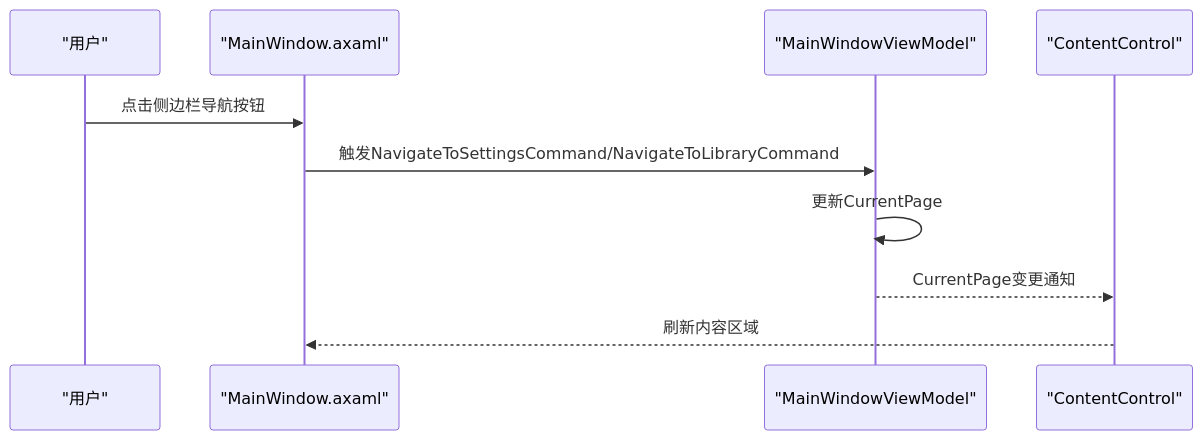
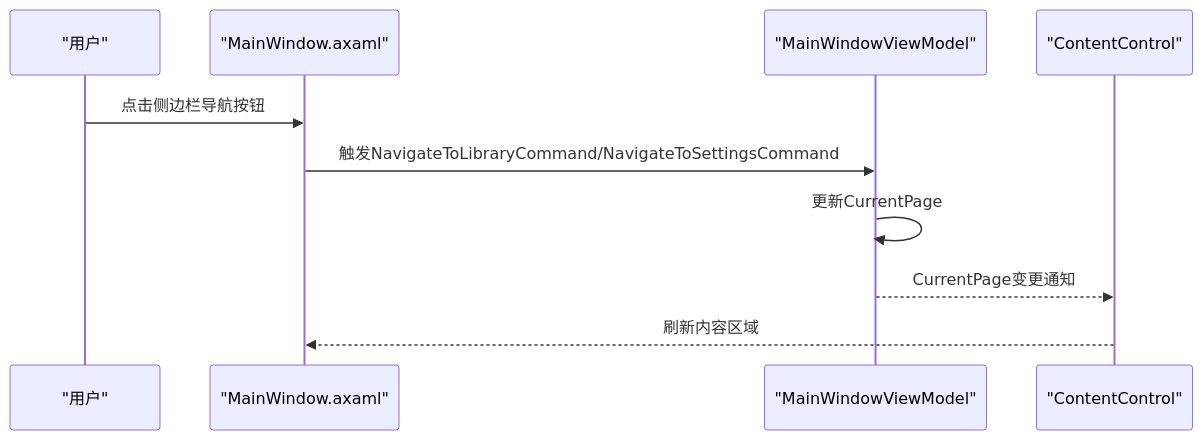
One commit to mariamjensen42-glitch/LocalMusicPlayer changed the third of 8 diagrams in .qoder/repowiki/zh/content/用户界面层/用户界面层.md. Above: the diagram before and after it, drawn with Mermaid. The commit also changed other lines of this file and 14 other files, not shown here.

````diff
--- a/.qoder/repowiki/zh/content/用户界面层/用户界面层.md
+++ b/.qoder/repowiki/zh/content/用户界面层/用户界面层.md
@@ -188,12 +210,12 @@
 ```mermaid
 sequenceDiagram
 participant U as "用户"
 participant MW as "MainWindow.axaml"
 participant VM as "MainWindowViewModel"
 participant CC as "ContentControl"
 U->>MW : 点击侧边栏导航按钮
-MW->>VM : 触发NavigateToSettingsCommand/NavigateToLibraryCommand
+MW->>VM : 触发NavigateToLibraryCommand/NavigateToSettingsCommand
 VM->>VM : 更新CurrentPage
 VM-->>CC : CurrentPage变更通知
 CC-->>MW : 刷新内容区域
 ```
````
